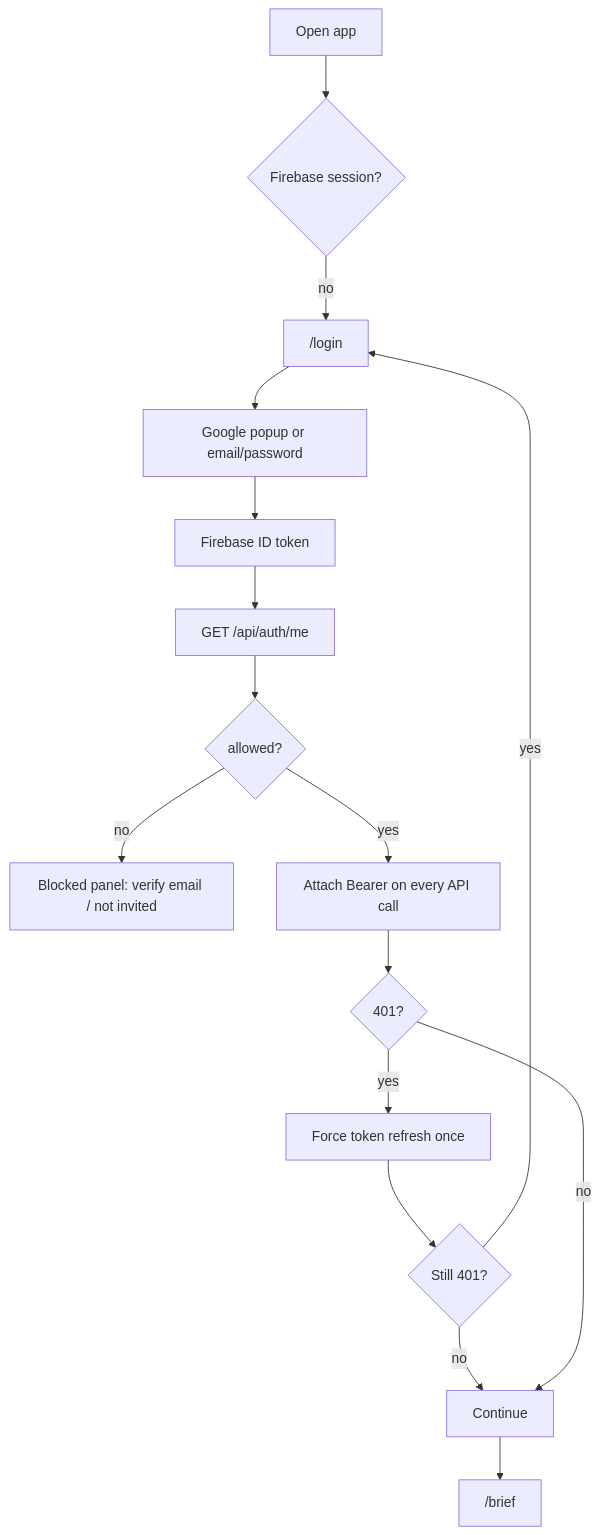
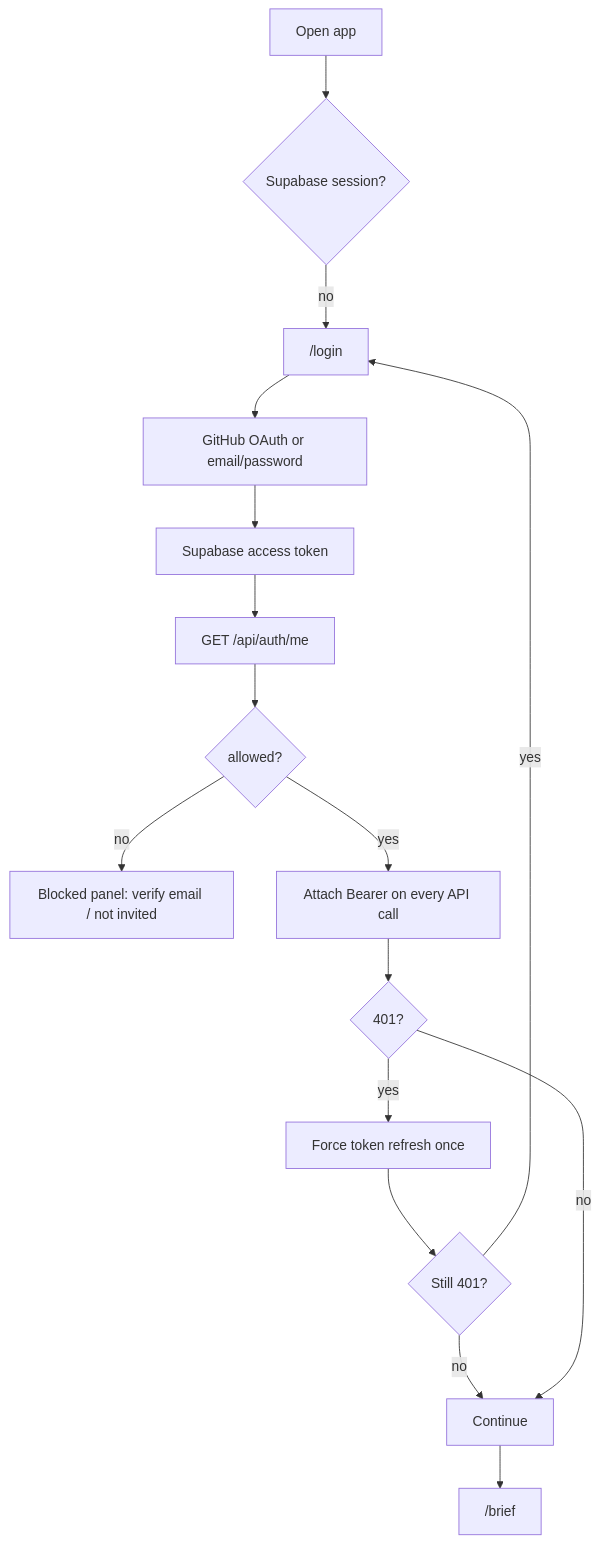
One commit to Lil-mast/TaskManagement changed the fourth of 12 diagrams in FRONTEND.md. Above: the diagram before and after it, drawn with Mermaid. The commit also changed other lines of this file and 32 other files, not shown here.

````diff
--- a/FRONTEND.md
+++ b/FRONTEND.md
@@ -252,18 +252,18 @@
 ```mermaid
 flowchart TD
-    A["Open app"] --> B{"Firebase session?"}
+    A["Open app"] --> B{"Supabase session?"}
     B -- no --> C["/login"]
-    C --> D["Google popup or email/password"]
-    D --> E["Firebase ID token"]
+    C --> D["GitHub OAuth or email/password"]
+    D --> E["Supabase access token"]
     E --> F["GET /api/auth/me"]
     F --> G{"allowed?"}
     G -- no --> H["Blocked panel: verify email / not invited"]
     G -- yes --> I["Attach Bearer on every API call"]
     I --> J{"401?"}
     J -- yes --> K["Force token refresh once"]
     K --> L{"Still 401?"}
     L -- yes --> C
     L -- no --> M["Continue"]
     J -- no --> M
     M --> N["/brief"]
 ```
````
